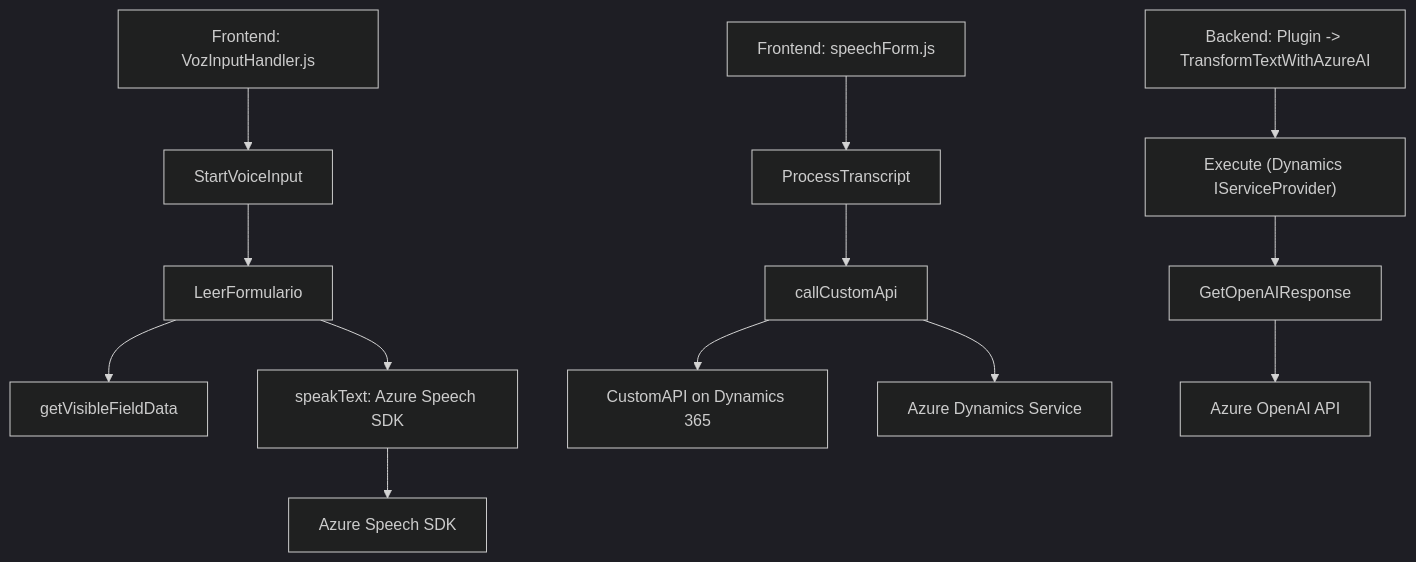
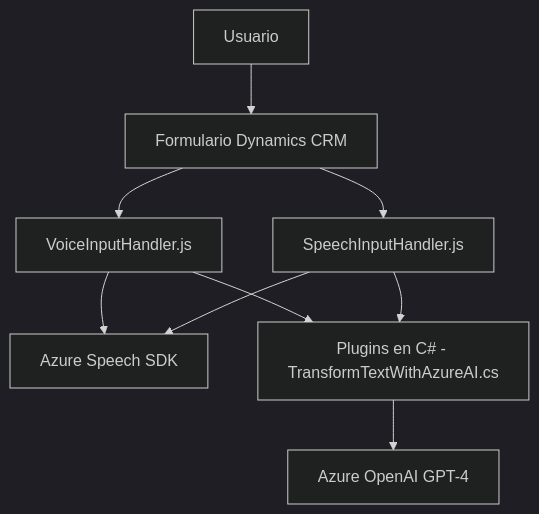
Before and after one commit to blopezdm/NETCORE_BILBAO2025: the diagram in README.md, drawn with Mermaid (dark theme). The commit also changed other lines of this file, not shown here.

````diff
--- a/README.md
+++ b/README.md
@@ -45,19 +56,19 @@
 ```mermaid
 graph TD
-A["Frontend: VozInputHandler.js"] --> B["StartVoiceInput"]
-B --> C["LeerFormulario"]
-C --> D["getVisibleFieldData"]
-C --> E["speakText: Azure Speech SDK"]
+    A["Usuario"]
+    B["Formulario Dynamics CRM"]
+    C["VoiceInputHandler.js"]
+    D["SpeechInputHandler.js"]
+    E["Azure Speech SDK"]
+    F["Plugins en C# - TransformTextWithAzureAI.cs"]
+    G["Azure OpenAI GPT-4"]
 
-F["Frontend: speechForm.js"] --> G["ProcessTranscript"]
-G --> H["callCustomApi"]
-H --> I["CustomAPI on Dynamics 365"]
-
-J["Backend: Plugin -> TransformTextWithAzureAI"]
-J --> K["Execute (Dynamics IServiceProvider)"]
-K --> L["GetOpenAIResponse"]
-
-E --> M["Azure Speech SDK"]
-H --> N["Azure Dynamics Service"]
-L --> O["Azure OpenAI API"]
+    A --> B
+    B --> C
+    B --> D
+    C --> E
+    D --> E
+    C --> F
+    D --> F
+    F --> G
 ```
````
